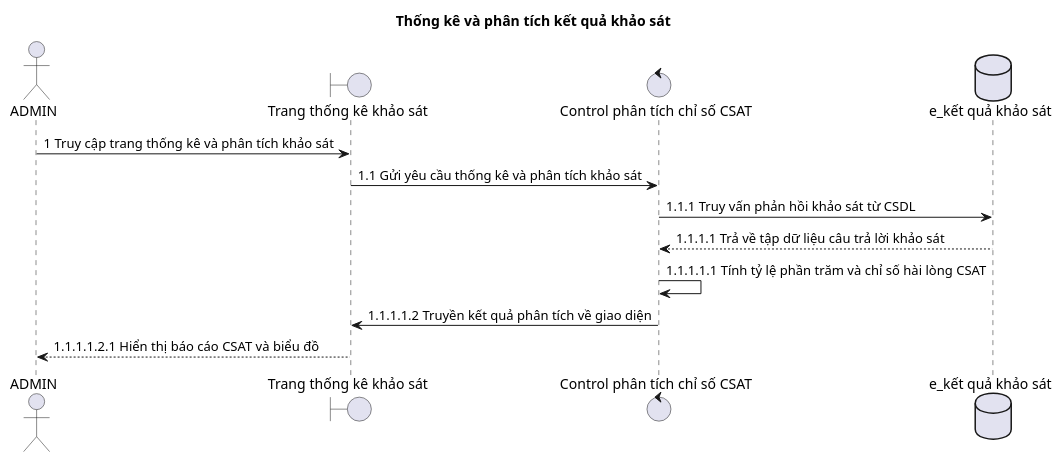
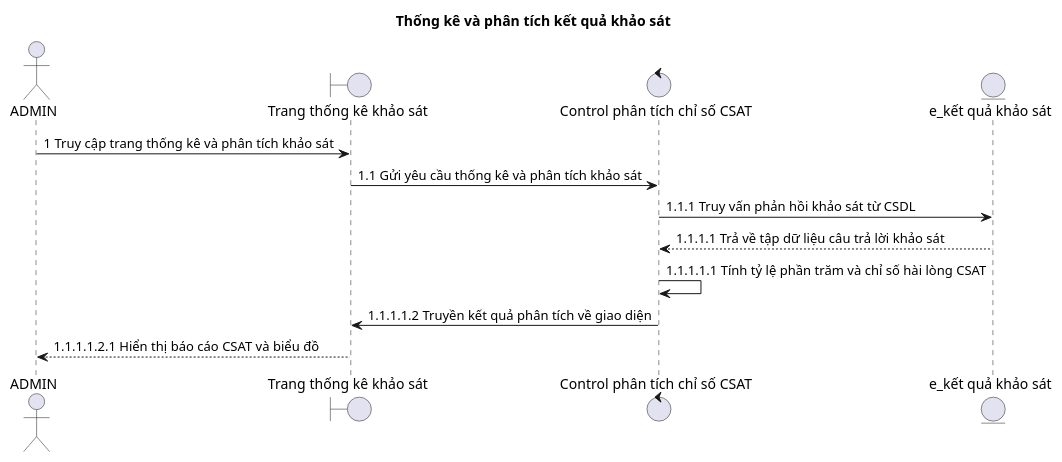
One commit to duygri/do-an-htttdn-crm changed the diagram in docs/diagrams/sequence/preview/08-survey-analytics.puml. Above: the diagram before and after it, drawn with PlantUML. The commit also changed 9 other files, not shown here.

Commit message:
docs: align PlantUML BCE notation

```diff
--- a/docs/diagrams/sequence/preview/08-survey-analytics.puml
+++ b/docs/diagrams/sequence/preview/08-survey-analytics.puml
@@ -1,16 +1,16 @@
 @startuml
 title Thống kê và phân tích kết quả khảo sát
 
 actor ADMIN as Admin
 boundary "Trang thống kê khảo sát" as Boundary
 control "Control phân tích chỉ số CSAT" as Control
-database "e_kết quả khảo sát" as Entity
+entity "e_kết quả khảo sát" as Entity
 
 Admin -> Boundary: 1 Truy cập trang thống kê và phân tích khảo sát
 Boundary -> Control: 1.1 Gửi yêu cầu thống kê và phân tích khảo sát
 Control -> Entity: 1.1.1 Truy vấn phản hồi khảo sát từ CSDL
 Entity --> Control: 1.1.1.1 Trả về tập dữ liệu câu trả lời khảo sát
 Control -> Control: 1.1.1.1.1 Tính tỷ lệ phần trăm và chỉ số hài lòng CSAT
 Control -> Boundary: 1.1.1.1.2 Truyền kết quả phân tích về giao diện
 Boundary --> Admin: 1.1.1.1.2.1 Hiển thị báo cáo CSAT và biểu đồ
 @enduml
```
